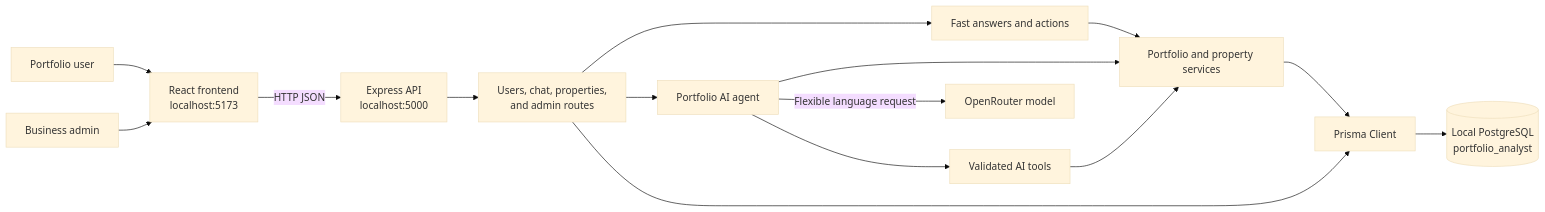
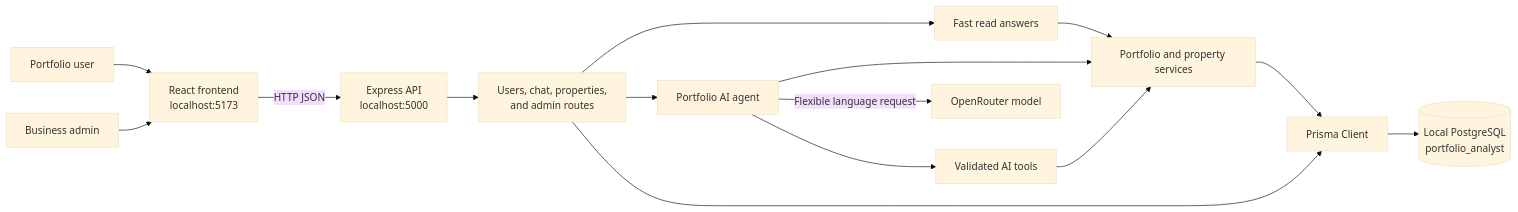
The first of 4 diagrams in README.md (chirag-singhh/Assignment), drawn with Mermaid (base theme) before and after one commit. The commit also changed other lines of this file, not shown here.

````diff
--- a/README.md
+++ b/README.md
@@ -121,17 +162,17 @@
 ```mermaid
 flowchart LR
     Person[Portfolio user] --> Browser[React frontend<br/>localhost:5173]
     Admin[Business admin] --> Browser
     Browser -->|HTTP JSON| API[Express API<br/>localhost:5000]
     API --> Routes[Users, chat, properties,<br/>and admin routes]
-    Routes --> Fast[Fast answers and actions]
+    Routes --> Fast[Fast read answers]
     Routes --> Agent[Portfolio AI agent]
     Fast --> Services[Portfolio and property services]
     Agent --> Services
     Agent --> Tools[Validated AI tools]
     Tools --> Services
     Agent -->|Flexible language request| OpenRouter[OpenRouter model]
     Services --> Prisma[Prisma Client]
     Routes --> Prisma
     Prisma --> DB[(Local PostgreSQL<br/>portfolio_analyst)]
 ```
````
